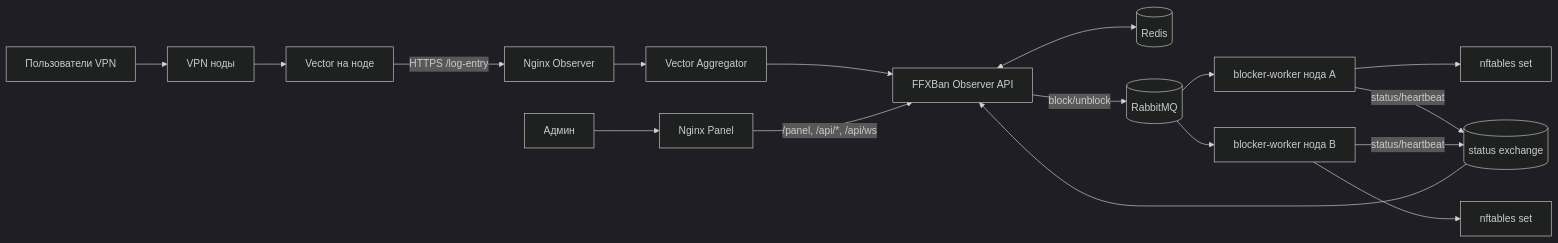
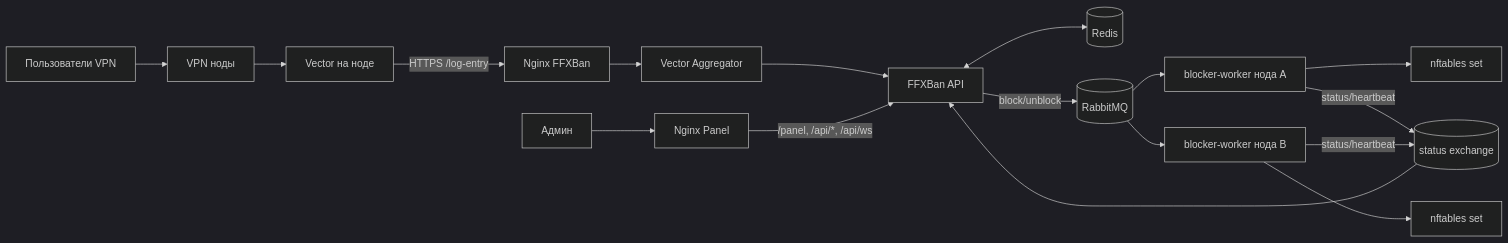
The diagram in README.md (Nurmaga095/FFXBan-remnawave), drawn with Mermaid (dark theme) before and after one commit. The commit also changed other lines of this file, not shown here.

Commit message:
rename Observer terminology to FFXBan in docs

````diff
--- a/README.md
+++ b/README.md
@@ -71,22 +71,22 @@
 ```mermaid
 flowchart LR
   U[Пользователи VPN] --> N[VPN ноды]
   N --> VL[Vector на ноде]
-  VL -->|HTTPS /log-entry| NX1[Nginx Observer]
+  VL -->|HTTPS /log-entry| NX1[Nginx FFXBan]
   NX1 --> VA[Vector Aggregator]
-  VA --> OBS[FFXBan Observer API]
+  VA --> OBS[FFXBan API]
 
   OBS <--> R[(Redis)]
   OBS -->|block/unblock| MQ[(RabbitMQ)]
   MQ --> BW1[blocker-worker нода A]
   MQ --> BW2[blocker-worker нода B]
   BW1 --> NFT1[nftables set]
   BW2 --> NFT2[nftables set]
 
   BW1 -->|status/heartbeat| MQS[(status exchange)]
   BW2 -->|status/heartbeat| MQS
   MQS --> OBS
 
   ADM[Админ] --> NX2[Nginx Panel]
   NX2 -->|/panel, /api/*, /api/ws| OBS
 ```
````
